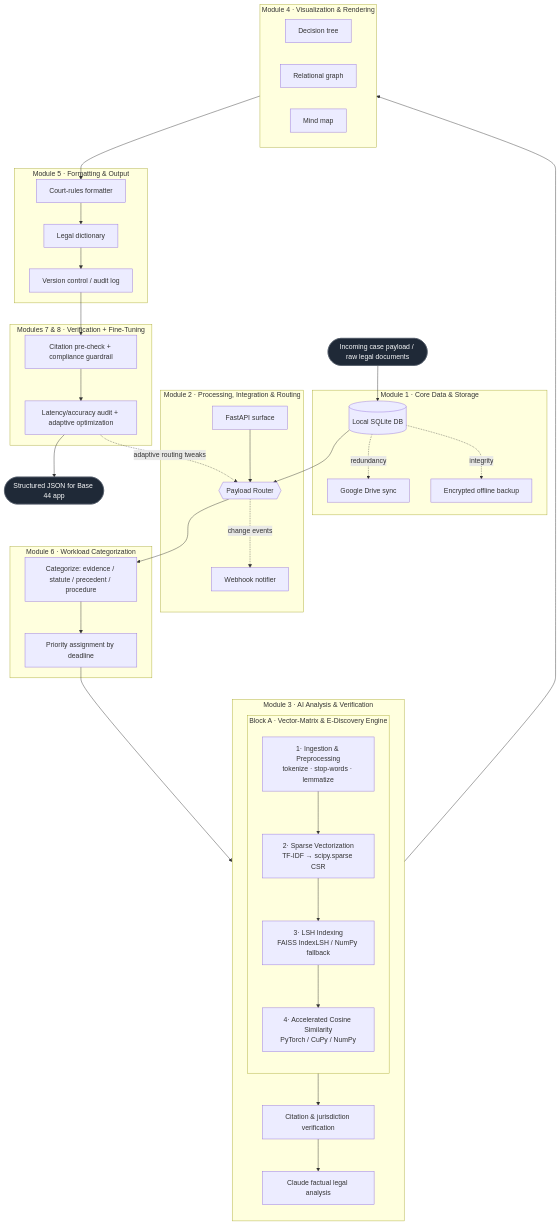
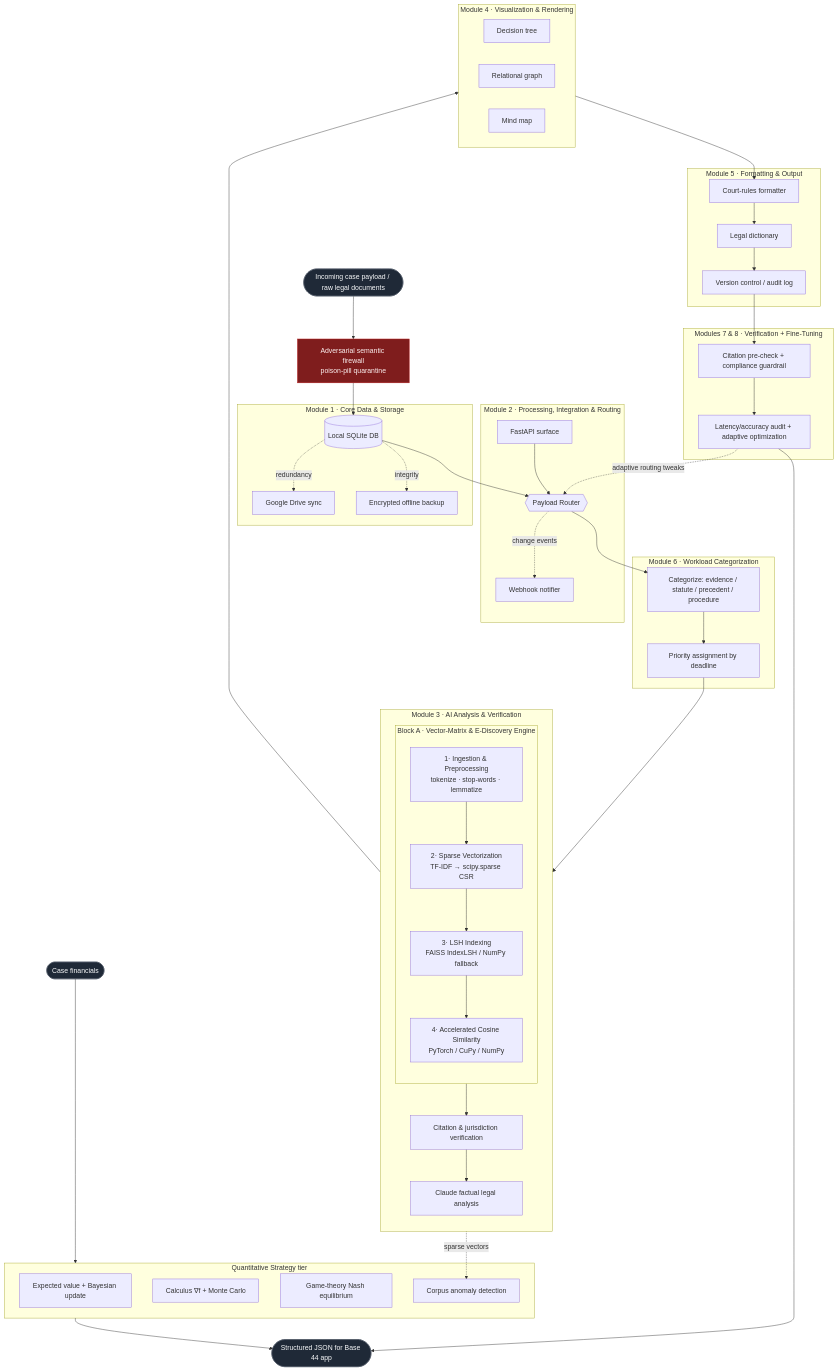
The diagram in base44-pipeline/docs/architecture.mmd (YoungstaBlue/Random), drawn with Mermaid before and after one commit. The commit also changed 19 other files, not shown here.

First line of the commit message:
Add Quantitative Strategy tier + adversarial semantic firewall

```diff
--- a/base44-pipeline/docs/architecture.mmd
+++ b/base44-pipeline/docs/architecture.mmd
@@ -1,68 +1,80 @@
 %% base44 — Unified Legal Analysis & Vector-Matrix Pipeline
 %% Block A (vector-matrix engine) is nested inside Block B (Module 3).
 flowchart TD
     IN([Incoming case payload / raw legal documents]):::io
+    FW[Adversarial semantic firewall<br/>poison-pill quarantine]:::guard
+    FIN([Case financials]):::io
 
     subgraph B1["Module 1 · Core Data & Storage"]
         LDB[(Local SQLite DB)]
         CLOUD[Google Drive sync]
         BAK[Encrypted offline backup]
     end
 
     subgraph B2["Module 2 · Processing, Integration & Routing"]
         ROUTER{{Payload Router}}
         HOOK[Webhook notifier]
         API[FastAPI surface]
     end
 
     subgraph B6["Module 6 · Workload Categorization"]
         CAT[Categorize: evidence / statute / precedent / procedure]
         PRIO[Priority assignment by deadline]
     end
 
     subgraph B3["Module 3 · AI Analysis & Verification"]
         direction TB
         subgraph A["Block A · Vector-Matrix & E-Discovery Engine"]
             direction TB
             A1[1· Ingestion & Preprocessing<br/>tokenize · stop-words · lemmatize]
             A2[2· Sparse Vectorization<br/>TF-IDF → scipy.sparse CSR]
             A3[3· LSH Indexing<br/>FAISS IndexLSH / NumPy fallback]
             A4[4· Accelerated Cosine Similarity<br/>PyTorch / CuPy / NumPy]
             A1 --> A2 --> A3 --> A4
         end
         CITE[Citation & jurisdiction verification]
         LLM[Claude factual legal analysis]
     end
 
     subgraph B4["Module 4 · Visualization & Rendering"]
         DTREE[Decision tree]
         GRAPH[Relational graph]
         MIND[Mind map]
     end
 
     subgraph B5["Module 5 · Formatting & Output"]
         COURT[Court-rules formatter]
         DICT[Legal dictionary]
         VER[Version control / audit log]
     end
 
     subgraph B7B8["Modules 7 & 8 · Verification + Fine-Tuning"]
         VERIFY[Citation pre-check + compliance guardrail]
         METRIC[Latency/accuracy audit + adaptive optimization]
     end
 
+    subgraph QT["Quantitative Strategy tier"]
+        QEV[Expected value + Bayesian update]
+        QCALC[Calculus ∇f + Monte Carlo]
+        QGAME[Game-theory Nash equilibrium]
+        QANOM[Corpus anomaly detection]
+    end
+
     OUT([Structured JSON for Base 44 app]):::io
 
-    IN --> LDB --> ROUTER
+    IN --> FW --> LDB --> ROUTER
     ROUTER --> CAT --> PRIO --> A1
     A4 --> CITE --> LLM
     LLM --> B4
     B4 --> COURT --> DICT --> VER
     VER --> VERIFY --> METRIC --> OUT
+    FIN --> QT --> OUT
+    A4 -. sparse vectors .-> QANOM
     ROUTER -. change events .-> HOOK
     LDB -. redundancy .-> CLOUD
     LDB -. integrity .-> BAK
     METRIC -. adaptive routing tweaks .-> ROUTER
     API --> ROUTER
 
     classDef io fill:#1f2937,stroke:#4b5563,color:#f9fafb;
+    classDef guard fill:#7f1d1d,stroke:#b91c1c,color:#fef2f2;
```
